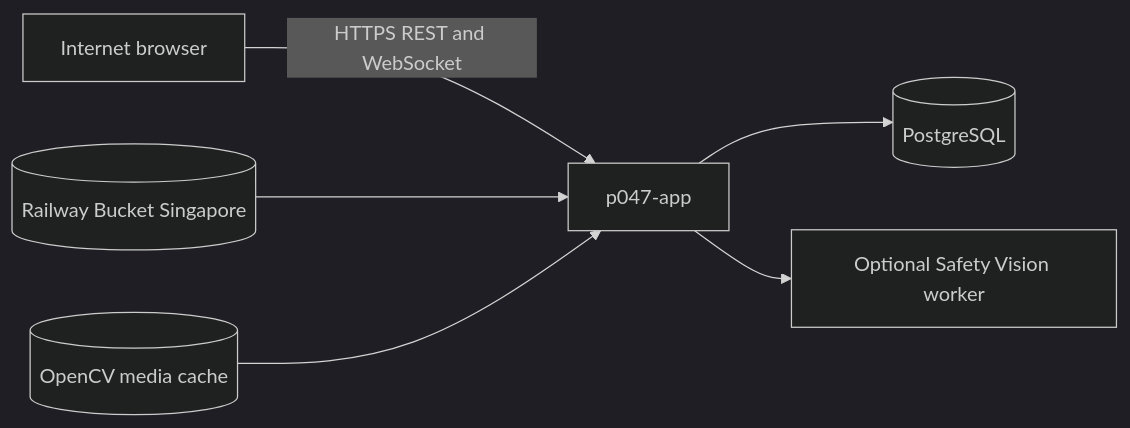
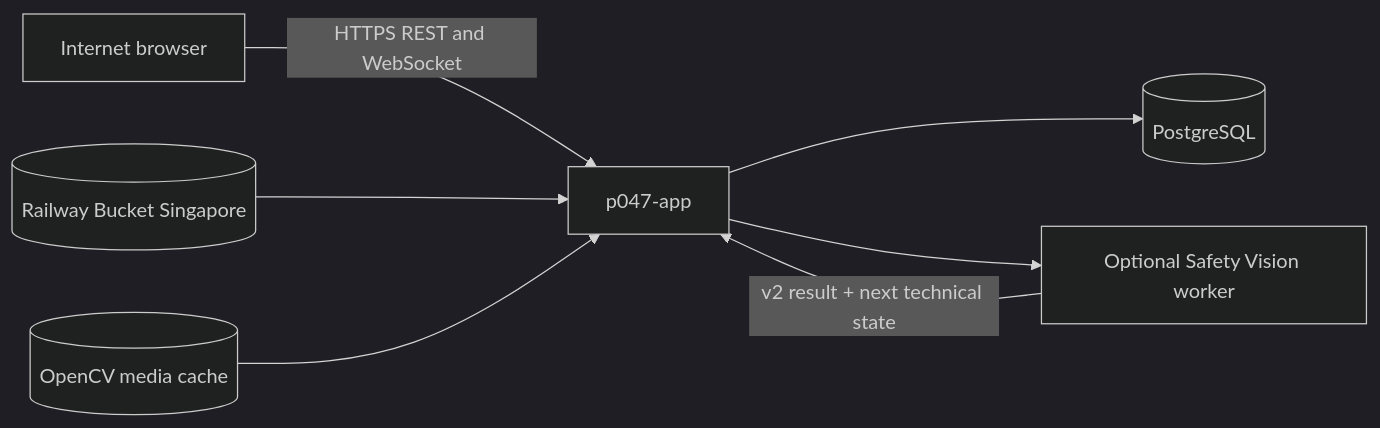
The fourth of 4 diagrams in ARCHITECTURE.md (NguyenNhat4/Sentiel-safety-intelligent), drawn with Mermaid (dark theme) before and after one commit. The commit also changed other lines of this file and 14 other files, not shown here.

````diff
--- a/ARCHITECTURE.md
+++ b/ARCHITECTURE.md
@@ -113,8 +113,9 @@
 ```mermaid
 flowchart LR
     browser[Internet browser] -->|HTTPS REST and WebSocket| backend["p047-app"]
     bucket[(Railway Bucket Singapore)] --> backend
     volume[(OpenCV media cache)] --> backend
     backend --> postgres[(PostgreSQL)]
     backend --> vision[Optional Safety Vision worker]
+    vision -->|v2 result + next technical state| backend
 ```
````
